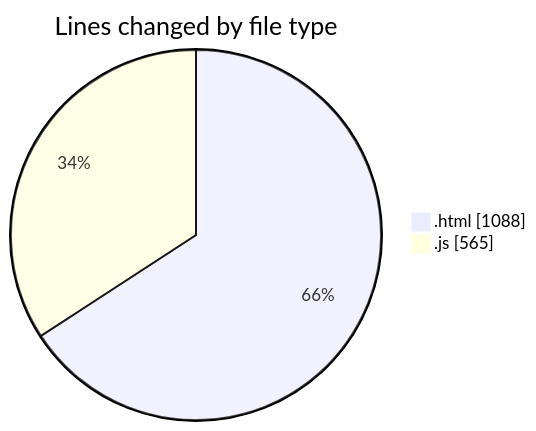
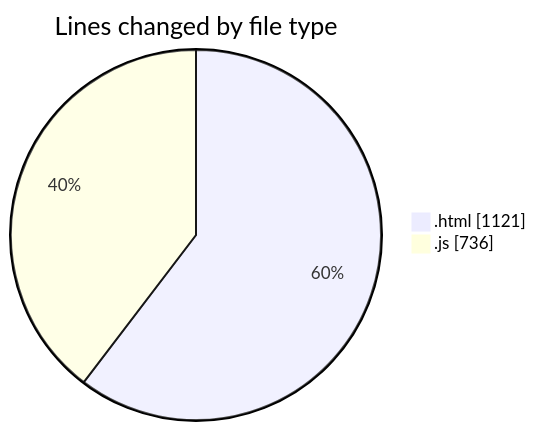
Before and after one commit to IJAZ3593/code-tracking: the first of 2 diagrams in 2025-09-13/new_folder/README.md, drawn with Mermaid. The commit also changed other lines of this file and 1 other file, not shown here.

````diff
--- a/2025-09-13/new_folder/README.md
+++ b/2025-09-13/new_folder/README.md
@@ -26,6 +26,6 @@
 ```mermaid
 pie showData
 title Lines changed by file type
-".html" : 1088
-".js" : 565
+".html" : 1121
+".js" : 736
 ```
````
